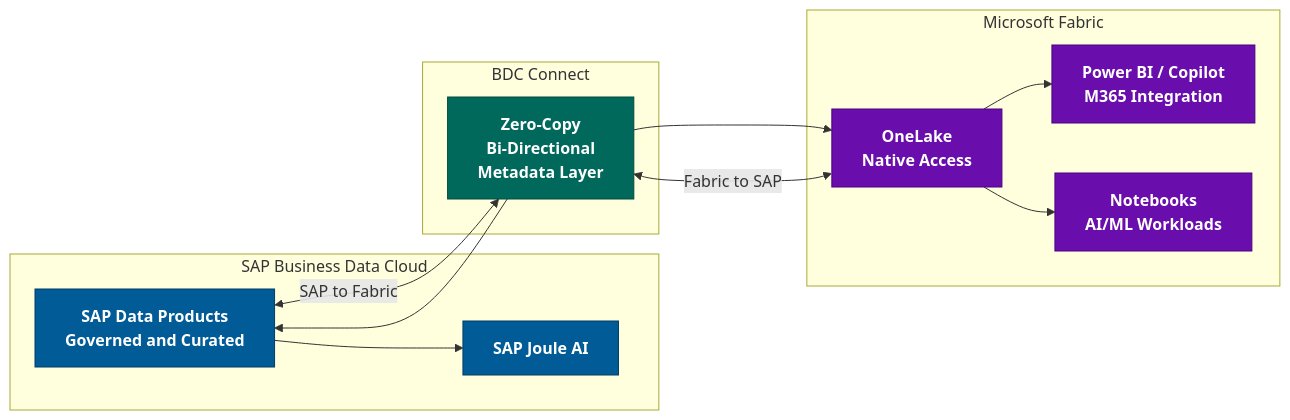
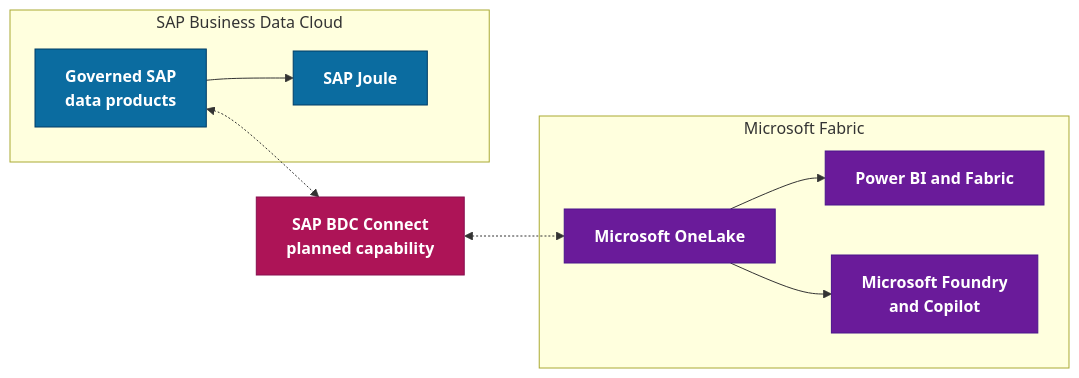
Before and after one commit to fredgis/fabric-foundry-kb: the ninth of 10 diagrams in markdown/SAP_Fabric_Connectivity.md, drawn with Mermaid. The commit also changed other lines of this file and 6 other files, not shown here.

Commit message:
Audit and refresh SAP Fabric connectivity guide

````diff
--- a/markdown/SAP_Fabric_Connectivity.md
+++ b/markdown/SAP_Fabric_Connectivity.md
@@ -682,31 +723,29 @@
 ```mermaid
-graph LR
+flowchart LR
     subgraph SAP["SAP Business Data Cloud"]
-        A[SAP Data Products<br/>Governed and Curated]
-        B[SAP Joule AI]
-    end
-    subgraph Bridge["BDC Connect"]
-        C[Zero-Copy<br/>Bi-Directional<br/>Metadata Layer]
-    end
-    subgraph Fabric["Microsoft Fabric"]
-        D[OneLake<br/>Native Access]
-        E[Power BI / Copilot<br/>M365 Integration]
-        F[Notebooks<br/>AI/ML Workloads]
+        DP["Governed SAP<br/>data products"]
+        J["SAP Joule"]
     end
 
-    A <-->|SAP to Fabric| C
-    D <-->|Fabric to SAP| C
-    C --> D
-    C --> A
-    D --> E
-    D --> F
-    A --> B
+    CONNECT["SAP BDC Connect<br/>planned capability"]
 
-    classDef sapStyle fill:#005B97,stroke:#003D66,color:#ffffff,font-weight:bold
-    classDef bridgeStyle fill:#00695C,stroke:#004D40,color:#ffffff,font-weight:bold
-    classDef fabricStyle fill:#6A0DAD,stroke:#4A0080,color:#ffffff,font-weight:bold
+    subgraph Fabric["Microsoft Fabric"]
+        OL["Microsoft OneLake"]
+        BI["Power BI and Fabric"]
+        AI["Microsoft Foundry<br/>and Copilot"]
+    end
 
-    class A,B sapStyle
-    class C bridgeStyle
-    class D,E,F fabricStyle
+    DP <-.-> CONNECT
+    CONNECT <-.-> OL
+    DP --> J
+    OL --> BI
+    OL --> AI
+
+    classDef sap fill:#0B6CA0,stroke:#003D66,color:#ffffff,font-weight:bold
+    classDef bridge fill:#AD1457,stroke:#880E4F,color:#ffffff,font-weight:bold
+    classDef fabric fill:#6A1B9A,stroke:#4A148C,color:#ffffff,font-weight:bold
+
+    class DP,J sap
+    class CONNECT bridge
+    class OL,BI,AI fabric
 ```
````
